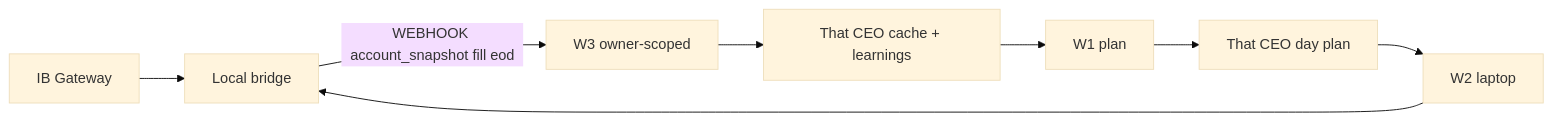
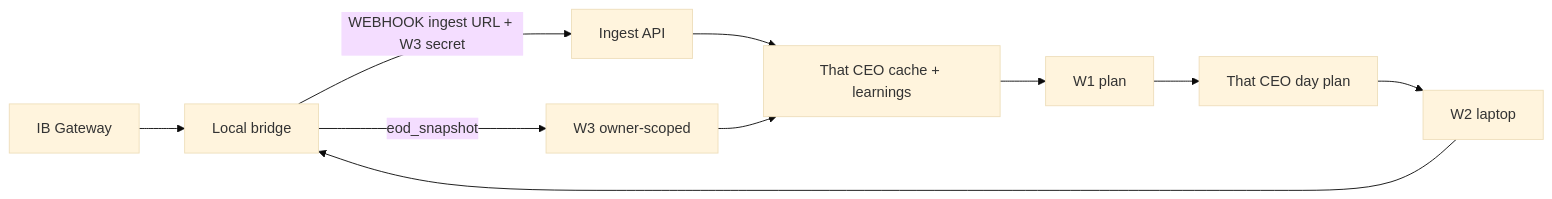
One commit to balaji-ranga/agent-os changed the diagram in knowledgebase/IBKR-LOCAL-BRIDGE.md. Above: the diagram before and after it, drawn with Mermaid (base theme). The commit also changed other lines of this file and 20 other files, not shown here.

````diff
--- a/knowledgebase/IBKR-LOCAL-BRIDGE.md
+++ b/knowledgebase/IBKR-LOCAL-BRIDGE.md
@@ -31,10 +32,12 @@
 ```mermaid
 flowchart LR
   GW[IB Gateway] --> Bridge[Local bridge]
-  Bridge -->|WEBHOOK account_snapshot fill eod| W3[W3 owner-scoped]
-  W3 --> Cache[That CEO cache + learnings]
+  Bridge -->|WEBHOOK ingest URL + W3 secret| Ingest[Ingest API]
+  Ingest --> Cache[That CEO cache + learnings]
+  Bridge -->|eod_snapshot| W3[W3 owner-scoped]
+  W3 --> Cache
   Cache --> W1[W1 plan]
   W1 --> Plan[That CEO day plan]
   Plan --> W2[W2 laptop]
   W2 --> Bridge
 ```
````
